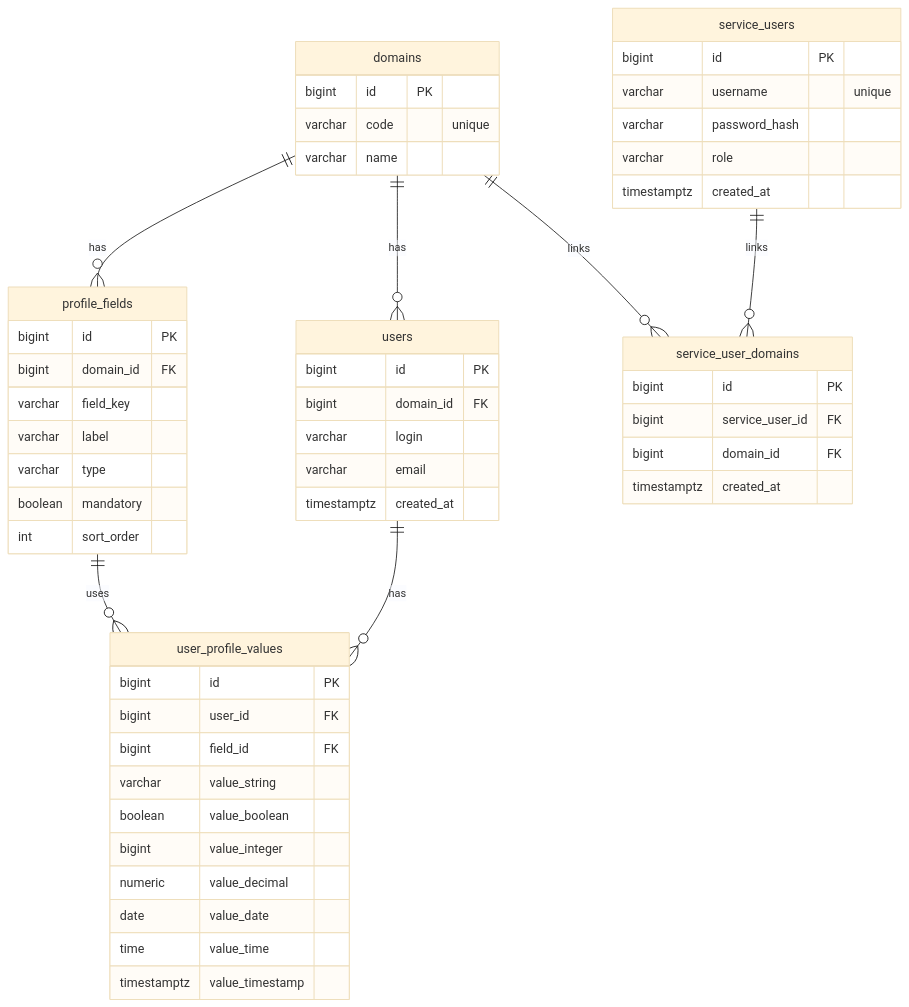
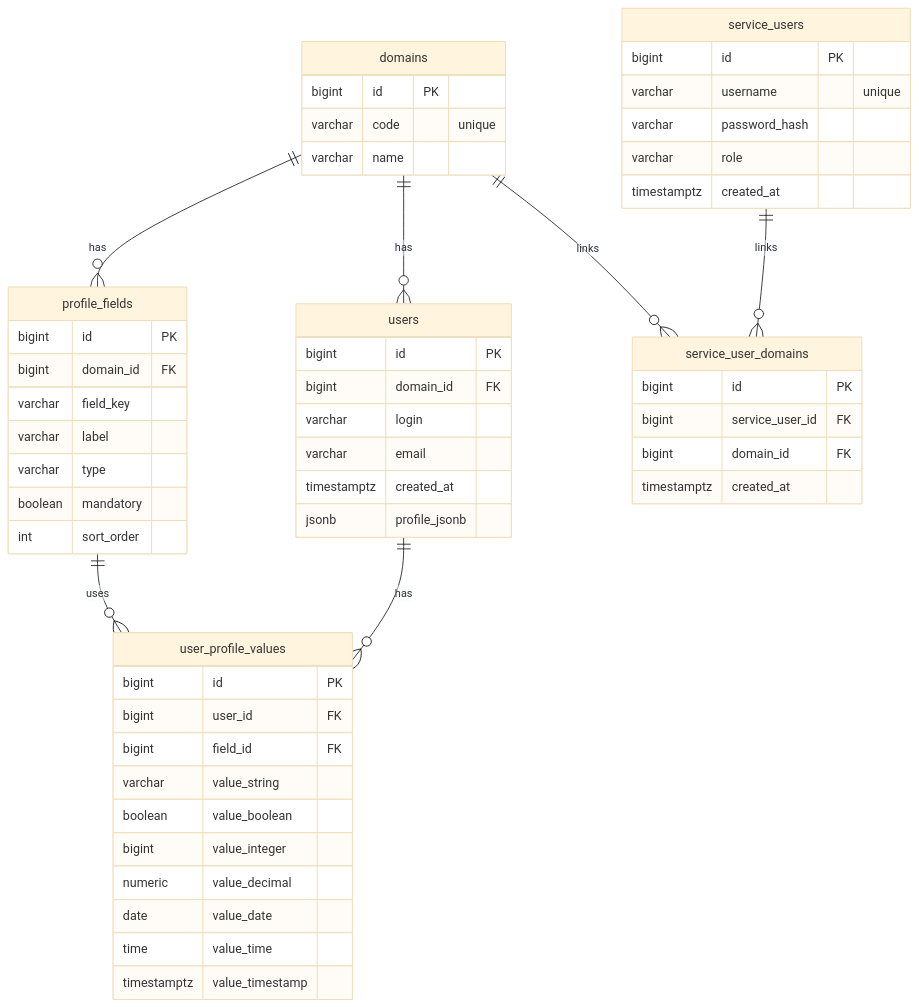
One commit to b-keeping/userid-be changed the diagram in README.md. Above: the diagram before and after it, drawn with Mermaid (base theme). The commit also changed other lines of this file and 4 other files, not shown here.

````diff
--- a/README.md
+++ b/README.md
@@ -7,61 +7,62 @@
 ```mermaid
 erDiagram
   domains {
     bigint id PK
     varchar code "unique"
     varchar name
   }
 
   profile_fields {
     bigint id PK
     bigint domain_id FK
     varchar field_key
     varchar label
     varchar type
     boolean mandatory
     int sort_order
   }
 
   users {
     bigint id PK
     bigint domain_id FK
     varchar login
     varchar email
     timestamptz created_at
+    jsonb profile_jsonb
   }
 
   service_users {
     bigint id PK
     varchar username "unique"
     varchar password_hash
     varchar role
     timestamptz created_at
   }
 
   service_user_domains {
     bigint id PK
     bigint service_user_id FK
     bigint domain_id FK
     timestamptz created_at
   }
 
   user_profile_values {
     bigint id PK
     bigint user_id FK
     bigint field_id FK
     varchar value_string
     boolean value_boolean
     bigint value_integer
     numeric value_decimal
     date value_date
     time value_time
     timestamptz value_timestamp
   }
 
   domains ||--o{ profile_fields : has
   domains ||--o{ users : has
   users ||--o{ user_profile_values : has
   profile_fields ||--o{ user_profile_values : uses
   service_users ||--o{ service_user_domains : links
   domains ||--o{ service_user_domains : links
 ```
````
